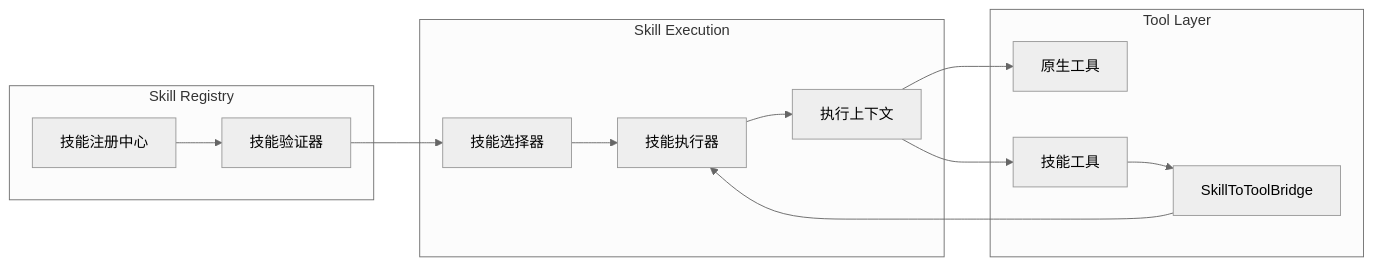
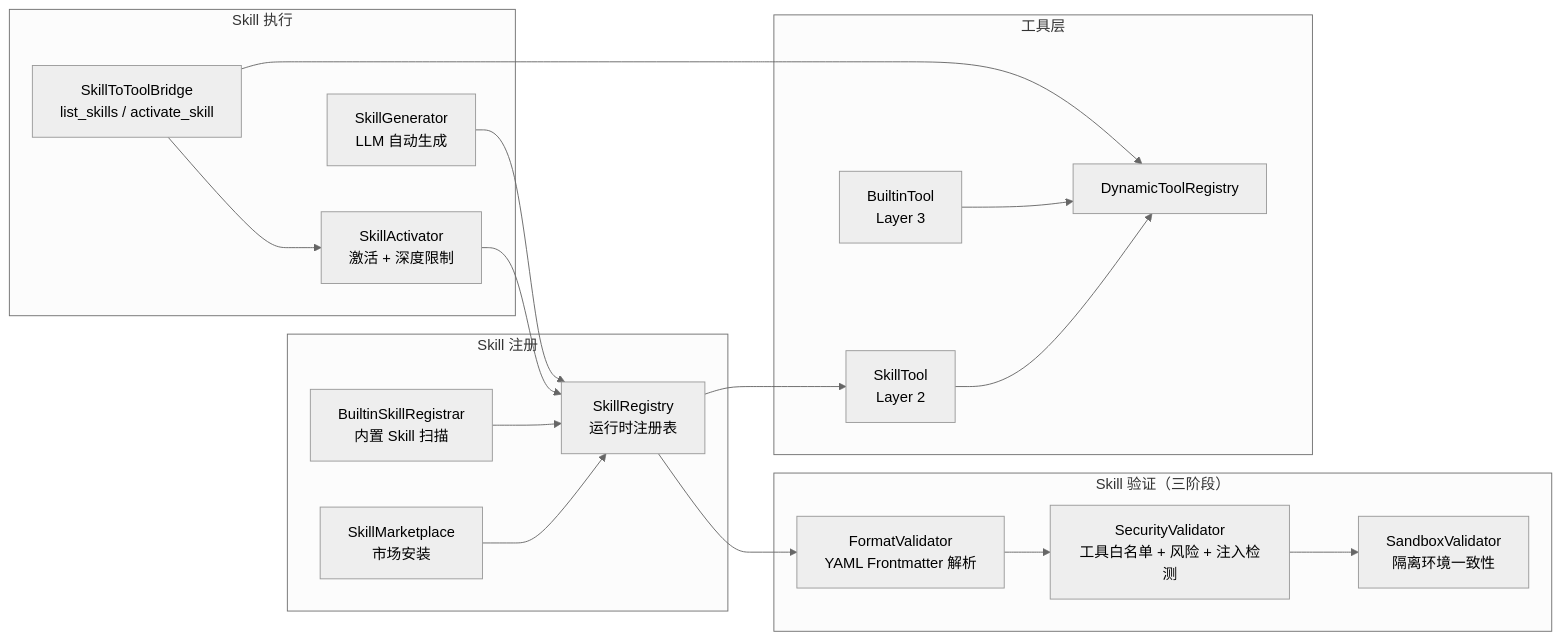
One commit to ntygod/LifePilot changed the sixth of 35 diagrams in ARCHITECTURE-DIAGRAMS.md. Above: the diagram before and after it, drawn with Mermaid (neutral theme). The commit also changed other lines of this file and 2 other files, not shown here.

````diff
--- a/ARCHITECTURE-DIAGRAMS.md
+++ b/ARCHITECTURE-DIAGRAMS.md
@@ -237,29 +311,41 @@
 ```mermaid
 graph LR
-    subgraph "Skill Registry"
-        Registry[技能注册中心]
-        Validator[技能验证器]
+    subgraph "Skill 注册"
+        BuiltinRegistrar[BuiltinSkillRegistrar<br/>内置 Skill 扫描]
+        SkillRegistry[SkillRegistry<br/>运行时注册表]
+        Marketplace[SkillMarketplace<br/>市场安装]
     end
 
-    subgraph "Skill Execution"
-        Selector[技能选择器]
-        Executor[技能执行器]
-        Context[执行上下文]
+    subgraph "Skill 验证（三阶段）"
+        Format[FormatValidator<br/>YAML Frontmatter 解析]
+        Security[SecurityValidator<br/>工具白名单 + 风险 + 注入检测]
+        Sandbox[SandboxValidator<br/>隔离环境一致性]
     end
 
-    subgraph "Tool Layer"
-        NativeTool[原生工具]
-        SkillTool[技能工具]
-        Bridge[SkillToToolBridge]
+    subgraph "Skill 执行"
+        Activator[SkillActivator<br/>激活 + 深度限制]
+        Bridge[SkillToToolBridge<br/>list_skills / activate_skill]
+        Generator[SkillGenerator<br/>LLM 自动生成]
     end
 
-    Registry --> Validator
-    Validator --> Selector
-    Selector --> Executor
-    Executor --> Context
-    
-    Context --> NativeTool
-    Context --> SkillTool
-    SkillTool --> Bridge
-    Bridge --> Executor
+    subgraph "工具层"
+        DynRegistry[DynamicToolRegistry]
+        SkillTool[SkillTool<br/>Layer 2]
+        BuiltinTool[BuiltinTool<br/>Layer 3]
+    end
+
+    BuiltinRegistrar --> SkillRegistry
+    Marketplace --> SkillRegistry
+    SkillRegistry --> Format
+    Format --> Security
+    Security --> Sandbox
+
+    Activator --> SkillRegistry
+    Bridge --> Activator
+    Bridge --> DynRegistry
+    Generator --> SkillRegistry
+
+    SkillRegistry --> SkillTool
+    SkillTool --> DynRegistry
+    BuiltinTool --> DynRegistry
 ```
````
